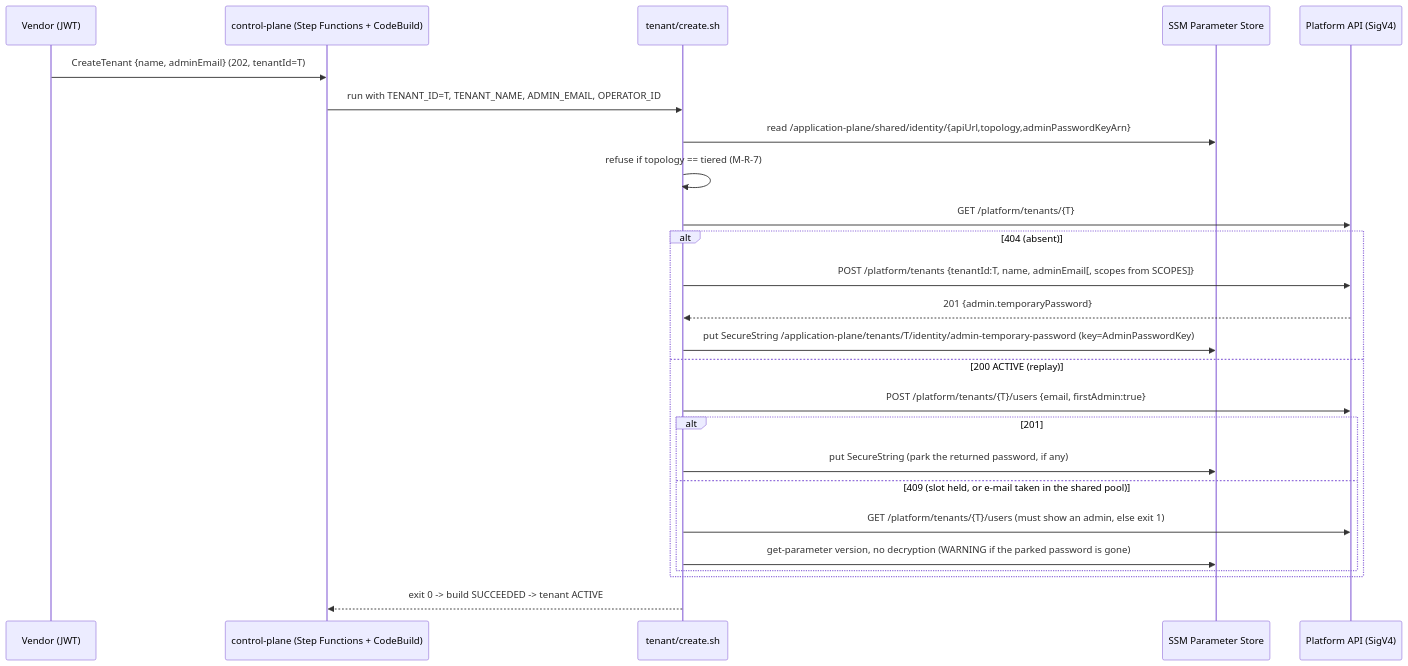
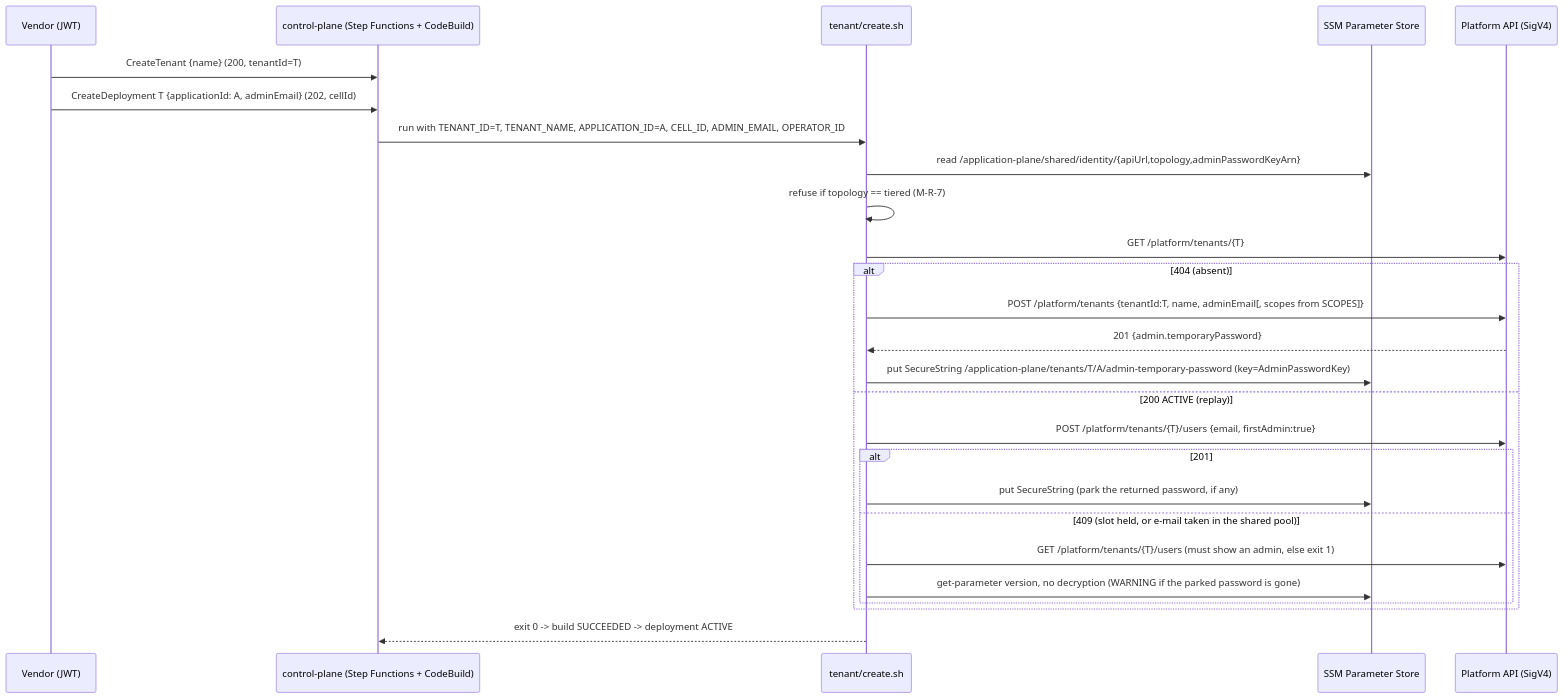
Before and after one commit to aws-samples/sample-agentic-ai-acceleration-patterns: the fifth of 5 diagrams in samples/tenant-identity/architecture.md, drawn with Mermaid. The commit also changed other lines of this file and 128 other files, not shown here.

First line of the commit message:
Control plane: multi-application support, deployments as tenant-in-application, placement strategy (#39)

````diff
--- a/samples/tenant-identity/architecture.md
+++ b/samples/tenant-identity/architecture.md
@@ -580,27 +587,28 @@
 ```mermaid
 sequenceDiagram
     participant V as Vendor (JWT)
     participant CP as control-plane (Step Functions + CodeBuild)
     participant S as tenant/create.sh
     participant SSM as SSM Parameter Store
     participant P as Platform API (SigV4)
-    V->>CP: CreateTenant {name, adminEmail} (202, tenantId=T)
-    CP->>S: run with TENANT_ID=T, TENANT_NAME, ADMIN_EMAIL, OPERATOR_ID
+    V->>CP: CreateTenant {name} (200, tenantId=T)
+    V->>CP: CreateDeployment T {applicationId: A, adminEmail} (202, cellId)
+    CP->>S: run with TENANT_ID=T, TENANT_NAME, APPLICATION_ID=A, CELL_ID, ADMIN_EMAIL, OPERATOR_ID
     S->>SSM: read /application-plane/shared/identity/{apiUrl,topology,adminPasswordKeyArn}
     S->>S: refuse if topology == tiered (M-R-7)
     S->>P: GET /platform/tenants/{T}
     alt 404 (absent)
         S->>P: POST /platform/tenants {tenantId:T, name, adminEmail[, scopes from SCOPES]}
         P-->>S: 201 {admin.temporaryPassword}
-        S->>SSM: put SecureString /application-plane/tenants/T/identity/admin-temporary-password (key=AdminPasswordKey)
+        S->>SSM: put SecureString /application-plane/tenants/T/A/admin-temporary-password (key=AdminPasswordKey)
     else 200 ACTIVE (replay)
         S->>P: POST /platform/tenants/{T}/users {email, firstAdmin:true}
         alt 201
             S->>SSM: put SecureString (park the returned password, if any)
         else 409 (slot held, or e-mail taken in the shared pool)
             S->>P: GET /platform/tenants/{T}/users (must show an admin, else exit 1)
             S->>SSM: get-parameter version, no decryption (WARNING if the parked password is gone)
         end
     end
-    S-->>CP: exit 0 -> build SUCCEEDED -> tenant ACTIVE
+    S-->>CP: exit 0 -> build SUCCEEDED -> deployment ACTIVE
 ```
````
